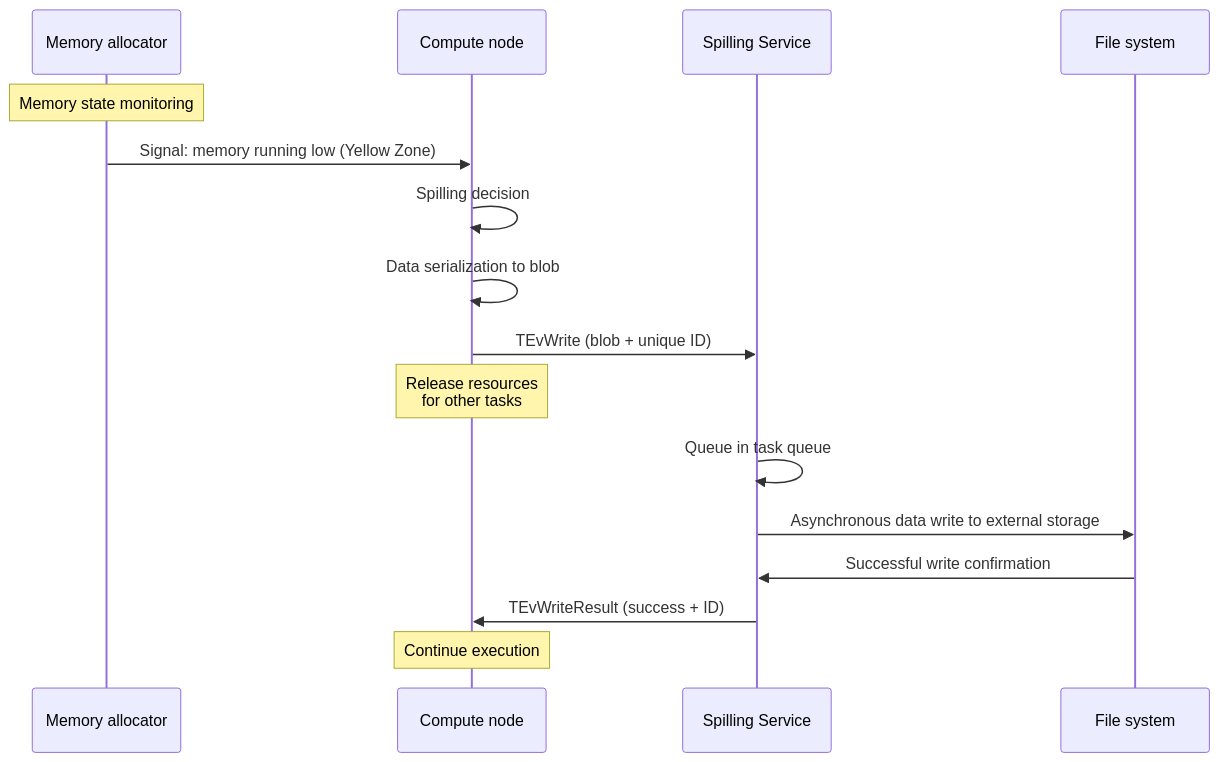
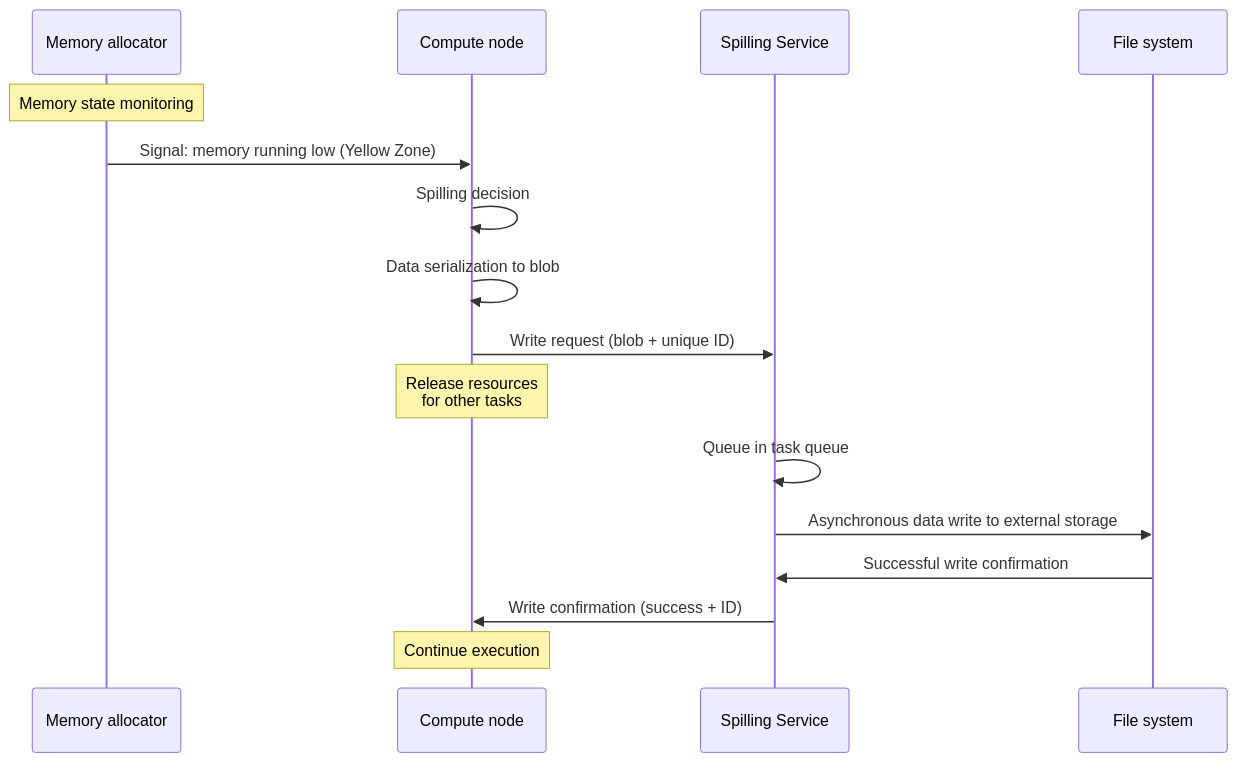
Before and after one commit to ydb-platform/ydb: the first of 2 diagrams in ydb/docs/en/core/concepts/spilling.md, drawn with Mermaid. The commit also changed other lines of this file and 1 other file, not shown here.

````diff
--- a/ydb/docs/en/core/concepts/spilling.md
+++ b/ydb/docs/en/core/concepts/spilling.md
@@ -90,19 +90,19 @@
 ```mermaid
 sequenceDiagram
     participant AL as Memory allocator
     participant CN as Compute node
     participant SS as Spilling Service
     participant FS as File system
 
     Note over AL: Memory state monitoring
     AL->>CN: Signal: memory running low (Yellow Zone)
     CN->>CN: Spilling decision
     CN->>CN: Data serialization to blob
-    CN->>SS: TEvWrite (blob + unique ID)
+    CN->>SS: Write request (blob + unique ID)
     Note over CN: Release resources<br/>for other tasks
     SS->>SS: Queue in task queue
     SS->>FS: Asynchronous data write to external storage
     FS->>SS: Successful write confirmation
-    SS->>CN: TEvWriteResult (success + ID)
+    SS->>CN: Write confirmation (success + ID)
     Note over CN: Continue execution
 ```
````
